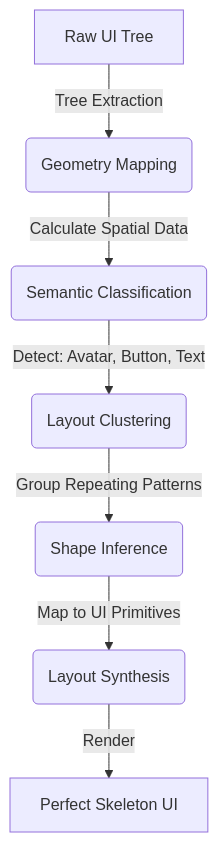
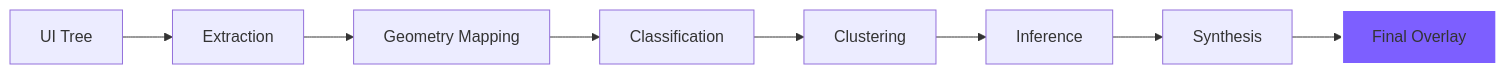
One commit to ingointo/skelon changed the diagram in README.md. Above: the diagram before and after it, drawn with Mermaid. The commit also changed other lines of this file, not shown here.

````diff
--- a/README.md
+++ b/README.md
@@ -85,9 +79,11 @@
 ```mermaid
-graph TD
-    A[Raw UI Tree] -->|Tree Extraction| B(Geometry Mapping)
-    B -->|Calculate Spatial Data| C(Semantic Classification)
-    C -->|Detect: Avatar, Button, Text| D(Layout Clustering)
-    D -->|Group Repeating Patterns| E(Shape Inference)
-    E -->|Map to UI Primitives| F(Layout Synthesis)
-    F -->|Render| G[Perfect Skeleton UI]
+graph LR
+    A[UI Tree] --> B[Extraction]
+    B --> C[Geometry Mapping]
+    C --> D[Classification]
+    D --> E[Clustering]
+    E --> F[Inference]
+    F --> G[Synthesis]
+    G --> H[Final Overlay]
+    style H fill:#7d5fff,stroke:#fff,stroke-width:2px
 ```
````
